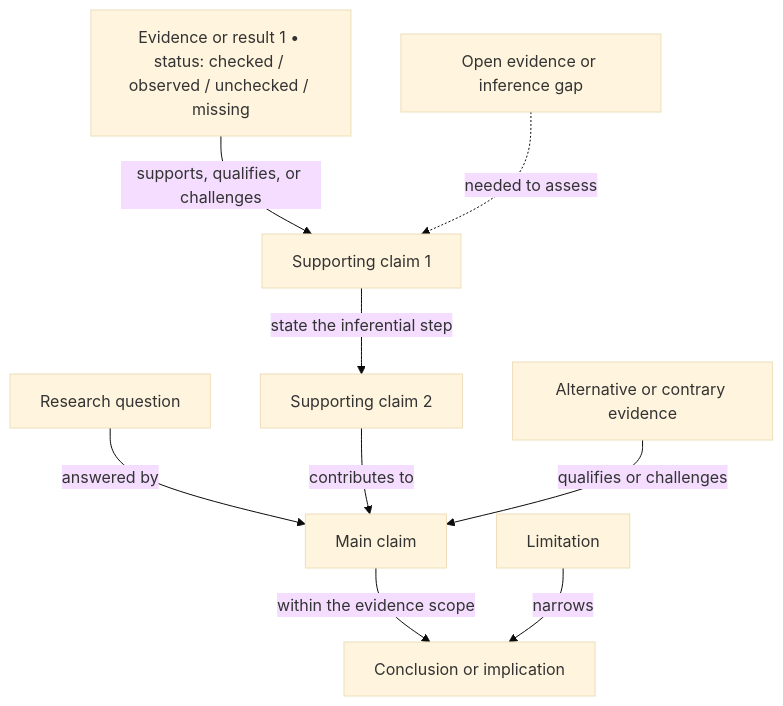
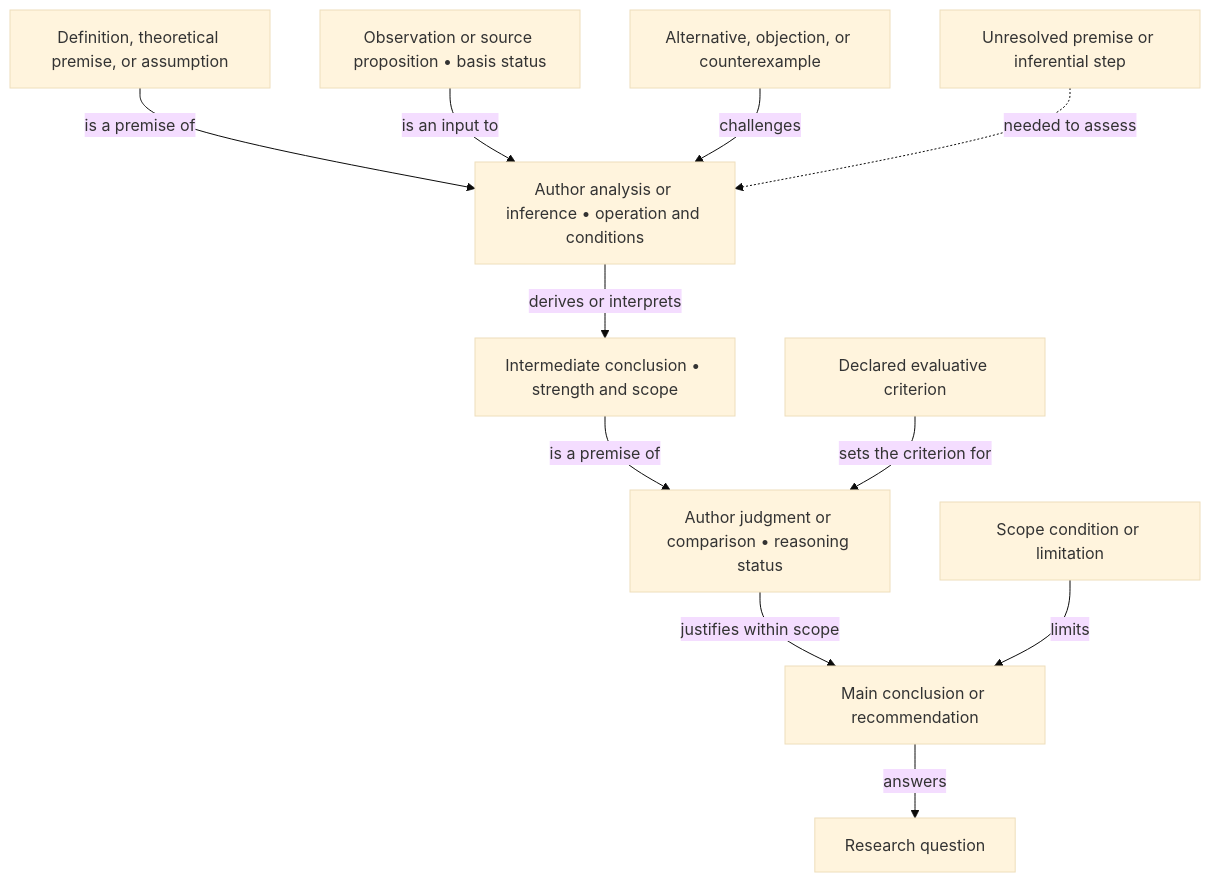
The diagram in manuscript/logic-map.md (CoderWota/paper-template), drawn with Mermaid (base theme) before and after one commit. The commit also changed other lines of this file and 36 other files, not shown here.

````diff
--- a/manuscript/logic-map.md
+++ b/manuscript/logic-map.md
@@ -9,20 +7,24 @@
 ```mermaid
 flowchart TD
-    Q["Research question"]
-    E1["Evidence or result 1 • status: checked / observed / unchecked / missing"]
-    C1["Supporting claim 1"]
-    C2["Supporting claim 2"]
-    M["Main claim"]
-    A1["Alternative or contrary evidence"]
-    G1["Open evidence or inference gap"]
-    L1["Limitation"]
-    I["Conclusion or implication"]
-    Q -->|answered by| M
-    E1 -->|supports, qualifies, or challenges| C1
-    C1 -->|state the inferential step| C2
-    C2 -->|contributes to| M
-    A1 -->|qualifies or challenges| M
-    G1 -.->|needed to assess| C1
-    M -->|within the evidence scope| I
-    L1 -->|narrows| I
+    Q1["Research question"]
+    P1["Definition, theoretical premise, or assumption"]
+    E1["Observation or source proposition • basis status"]
+    R1["Author analysis or inference • operation and conditions"]
+    J1["Intermediate conclusion • strength and scope"]
+    K1["Declared evaluative criterion"]
+    R2["Author judgment or comparison • reasoning status"]
+    C1["Main conclusion or recommendation"]
+    X1["Alternative, objection, or counterexample"]
+    L1["Scope condition or limitation"]
+    G1["Unresolved premise or inferential step"]
+    P1 -->|is a premise of| R1
+    E1 -->|is an input to| R1
+    R1 -->|derives or interprets| J1
+    J1 -->|is a premise of| R2
+    K1 -->|sets the criterion for| R2
+    R2 -->|justifies within scope| C1
+    C1 -->|answers| Q1
+    X1 -->|challenges| R1
+    L1 -->|limits| C1
+    G1 -.->|needed to assess| R1
 ```
````
